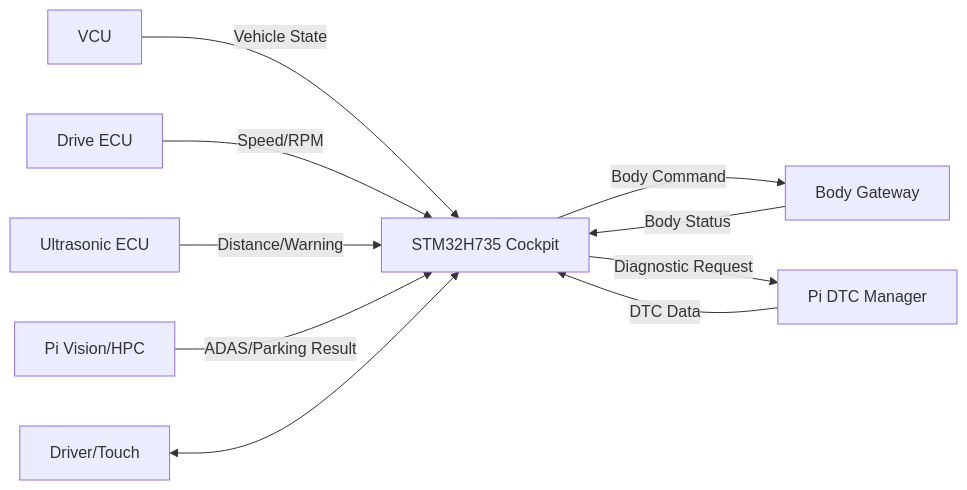
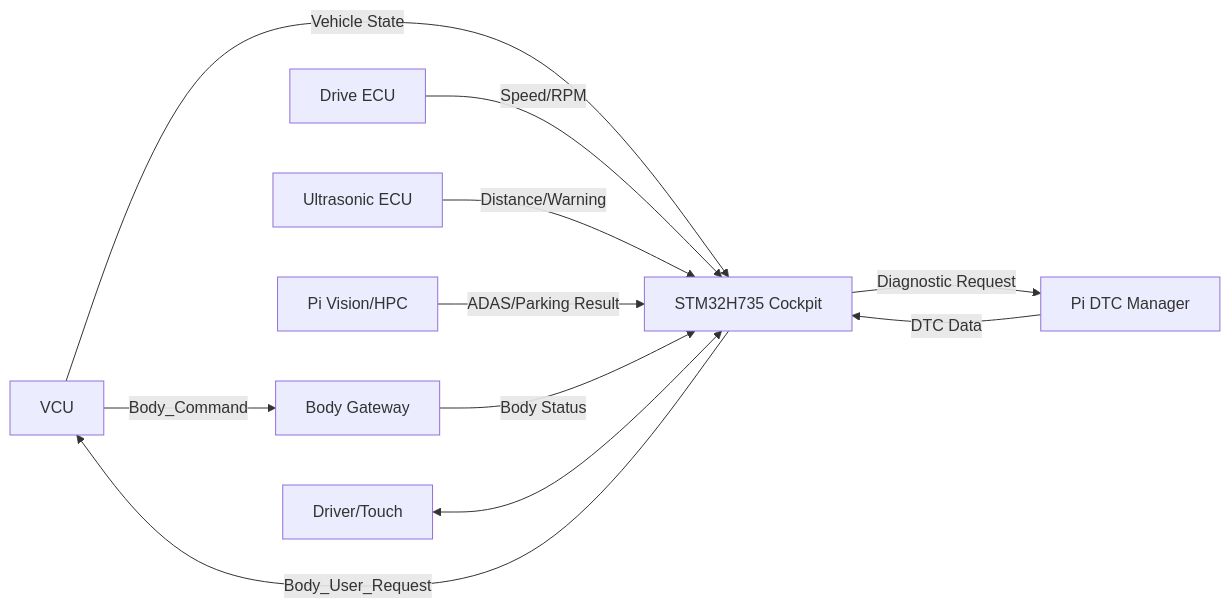
The first of 6 diagrams in docs/ecus/IVI/ARCHITECTURE.md (sunmaan22/SDV_MCU_Project), drawn with Mermaid before and after one commit. The commit also changed other lines of this file, not shown here.

Commit message:
docs(ivi): align lighting request routing with final implementation contract

````diff
--- a/docs/ecus/IVI/ARCHITECTURE.md
+++ b/docs/ecus/IVI/ARCHITECTURE.md
@@ -102,12 +105,13 @@
 ```mermaid
 flowchart LR
     VCU[VCU] -->|Vehicle State| HMI[STM32H735 Cockpit]
     DRIVE[Drive ECU] -->|Speed/RPM| HMI
     US[Ultrasonic ECU] -->|Distance/Warning| HMI
     HPC[Pi Vision/HPC] -->|ADAS/Parking Result| HMI
     BODY[Body Gateway] -->|Body Status| HMI
     DTC[Pi DTC Manager] -->|DTC Data| HMI
-    HMI -->|Body Command| BODY
+    HMI -->|Body_User_Request| VCU
+    VCU -->|Body_Command| BODY
     HMI -->|Diagnostic Request| DTC
     DRIVER[Driver/Touch] <--> HMI
 ```
````
